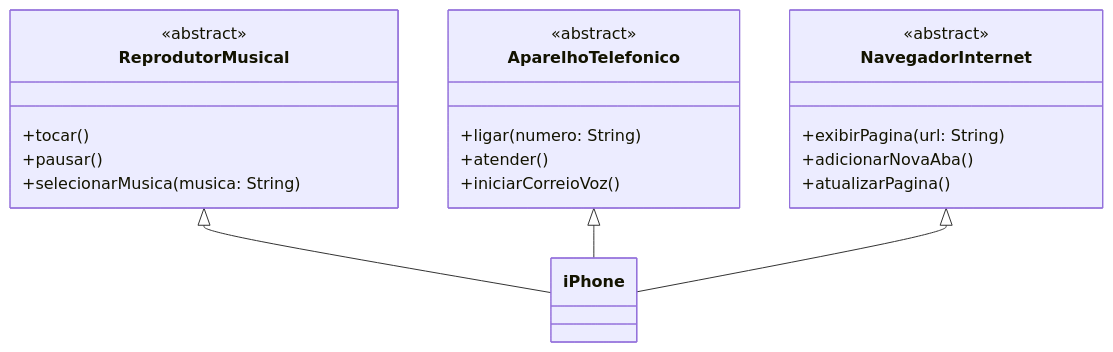
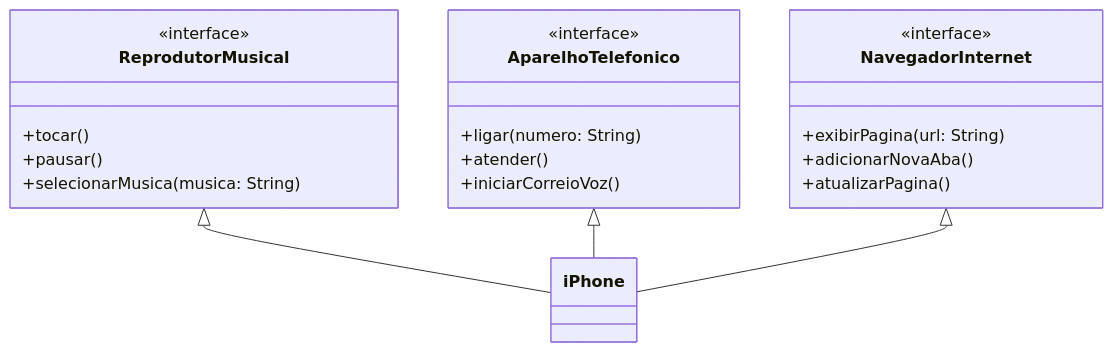
One commit to Elgraabi/Curso-Santander-2024-Backend-com-Java changed the diagram in Desafio-Modelagem-e-Diagramação-de-um-Componente-iPhone/README.md. Above: the diagram before and after it, drawn with Mermaid.

````diff
--- a/Desafio-Modelagem-e-Diagramação-de-um-Componente-iPhone/README.md
+++ b/Desafio-Modelagem-e-Diagramação-de-um-Componente-iPhone/README.md
@@ -30,27 +30,27 @@
 ```mermaid
 classDiagram
     class ReprodutorMusical {
-        <<abstract>>
+        <<interface>>
         +tocar()
         +pausar()
         +selecionarMusica(musica: String)
     }
 
     class AparelhoTelefonico {
-        <<abstract>>
+        <<interface>>
         +ligar(numero: String)
         +atender()
         +iniciarCorreioVoz()
     }
 
     class NavegadorInternet {
-        <<abstract>>
+        <<interface>>
         +exibirPagina(url: String)
         +adicionarNovaAba()
         +atualizarPagina()
     }
 
     ReprodutorMusical <|-- iPhone
     AparelhoTelefonico <|-- iPhone
     NavegadorInternet <|-- iPhone
 ```
````
